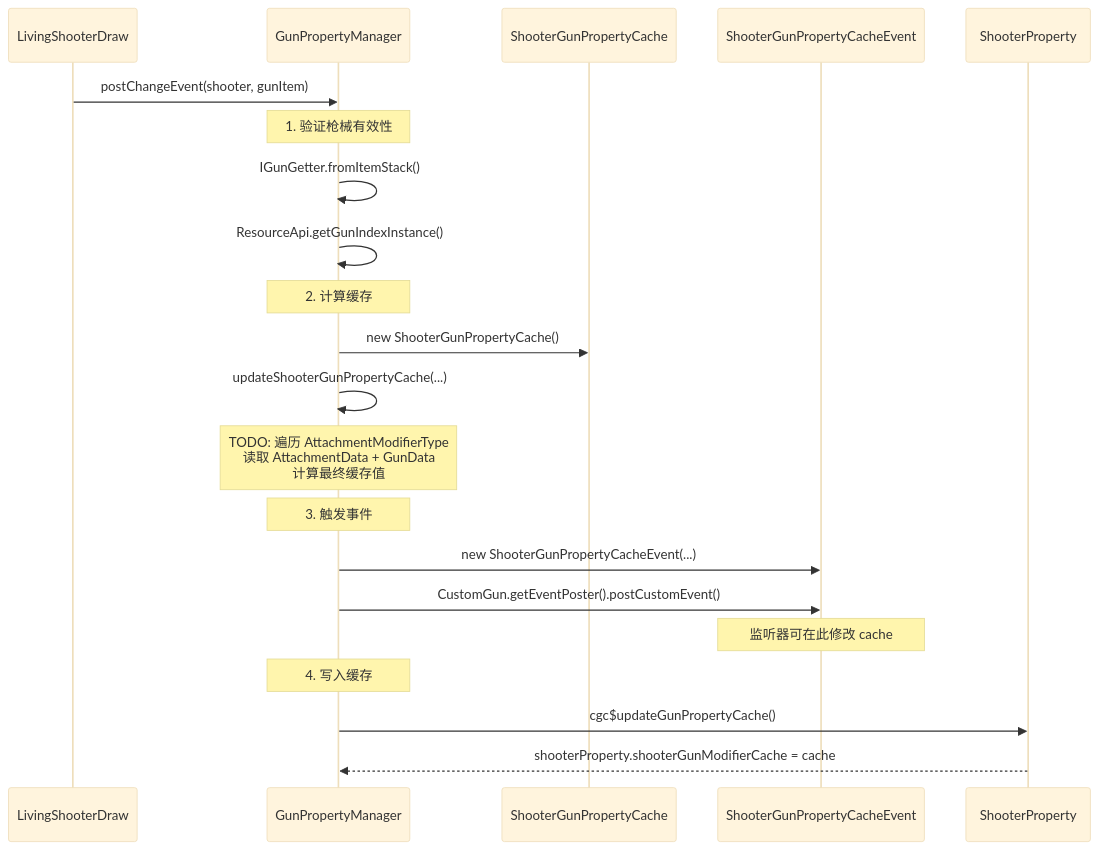
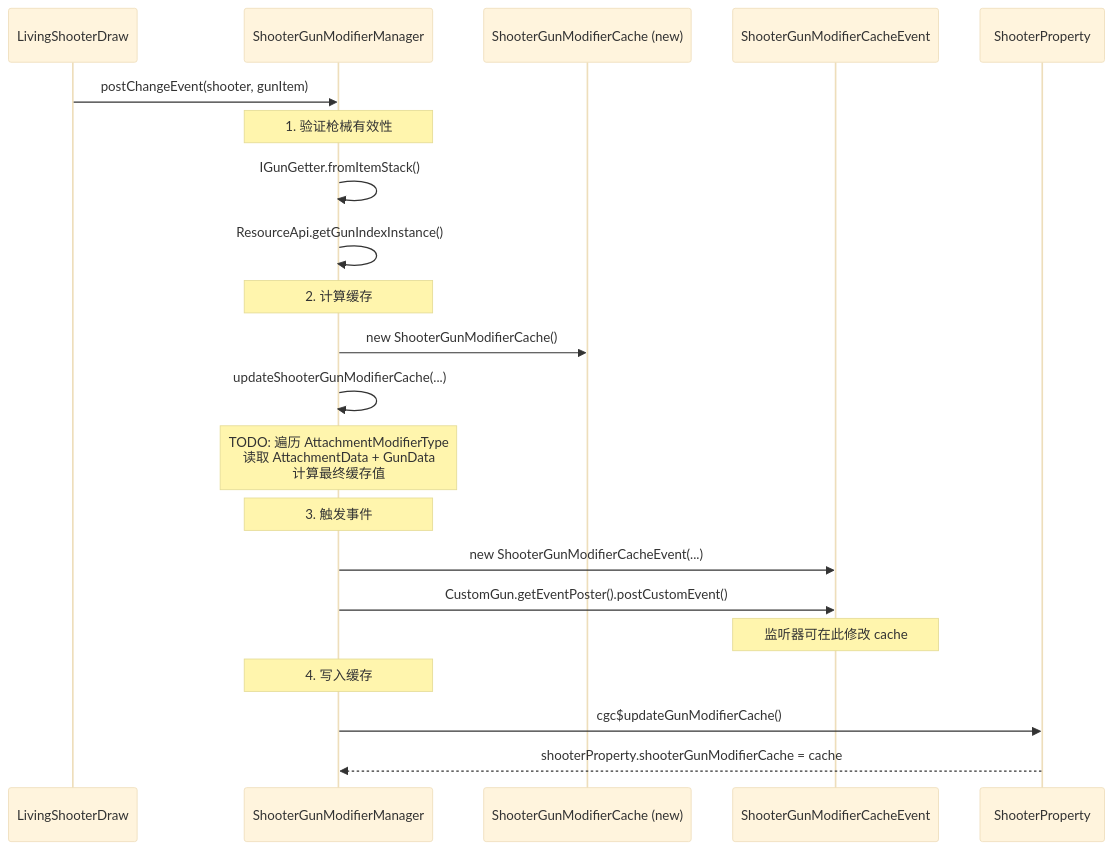
Before and after one commit to XColorful/Custom-Gun-Continued: the diagram in docs/architecture/core/entity/shooter/modifier/cache-system.md, drawn with Mermaid (base theme). The commit also changed other lines of this file and 9 other files, not shown here.

````diff
--- a/docs/architecture/core/entity/shooter/modifier/cache-system.md
+++ b/docs/architecture/core/entity/shooter/modifier/cache-system.md
@@ -117,28 +128,28 @@
 ```mermaid
 sequenceDiagram
     participant Draw as LivingShooterDraw
-    participant GPM as GunPropertyManager
-    participant SGPC as ShooterGunPropertyCache
-    participant Event as ShooterGunPropertyCacheEvent
+    participant SGMM as ShooterGunModifierManager
+    participant SGMC as ShooterGunModifierCache (new)
+    participant Event as ShooterGunModifierCacheEvent
     participant SP as ShooterProperty
 
-    Draw->>GPM: postChangeEvent(shooter, gunItem)
+    Draw->>SGMM: postChangeEvent(shooter, gunItem)
 
-    Note over GPM: 1. 验证枪械有效性
-    GPM->>GPM: IGunGetter.fromItemStack()
-    GPM->>GPM: ResourceApi.getGunIndexInstance()
+    Note over SGMM: 1. 验证枪械有效性
+    SGMM->>SGMM: IGunGetter.fromItemStack()
+    SGMM->>SGMM: ResourceApi.getGunIndexInstance()
 
-    Note over GPM: 2. 计算缓存
-    GPM->>SGPC: new ShooterGunPropertyCache()
-    GPM->>GPM: updateShooterGunPropertyCache(...)
-    Note over GPM: TODO: 遍历 AttachmentModifierType<br/>读取 AttachmentData + GunData<br/>计算最终缓存值
+    Note over SGMM: 2. 计算缓存
+    SGMM->>SGMC: new ShooterGunModifierCache()
+    SGMM->>SGMM: updateShooterGunModifierCache(...)
+    Note over SGMM: TODO: 遍历 AttachmentModifierType<br/>读取 AttachmentData + GunData<br/>计算最终缓存值
 
-    Note over GPM: 3. 触发事件
-    GPM->>Event: new ShooterGunPropertyCacheEvent(...)
-    GPM->>Event: CustomGun.getEventPoster().postCustomEvent()
+    Note over SGMM: 3. 触发事件
+    SGMM->>Event: new ShooterGunModifierCacheEvent(...)
+    SGMM->>Event: CustomGun.getEventPoster().postCustomEvent()
     Note over Event: 监听器可在此修改 cache
 
-    Note over GPM: 4. 写入缓存
-    GPM->>SP: cgc$updateGunPropertyCache()
-    SP-->>GPM: shooterProperty.shooterGunModifierCache = cache
+    Note over SGMM: 4. 写入缓存
+    SGMM->>SP: cgc$updateGunModifierCache()
+    SP-->>SGMM: shooterProperty.shooterGunModifierCache = cache
 ```
````
